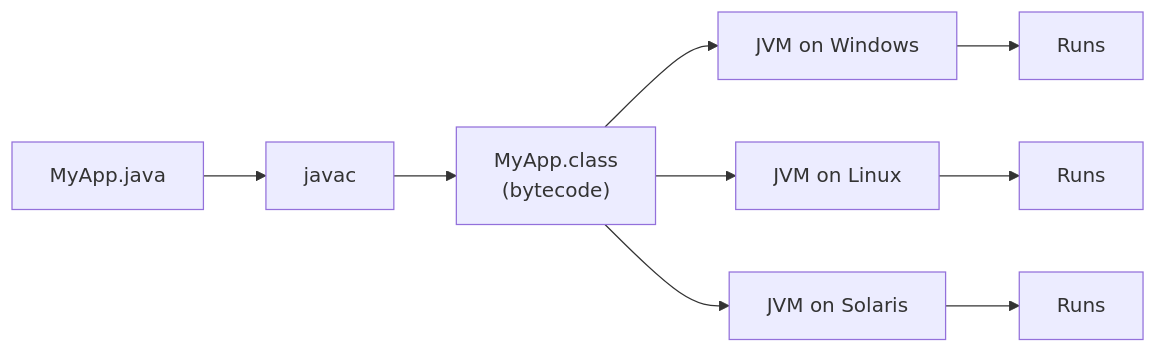
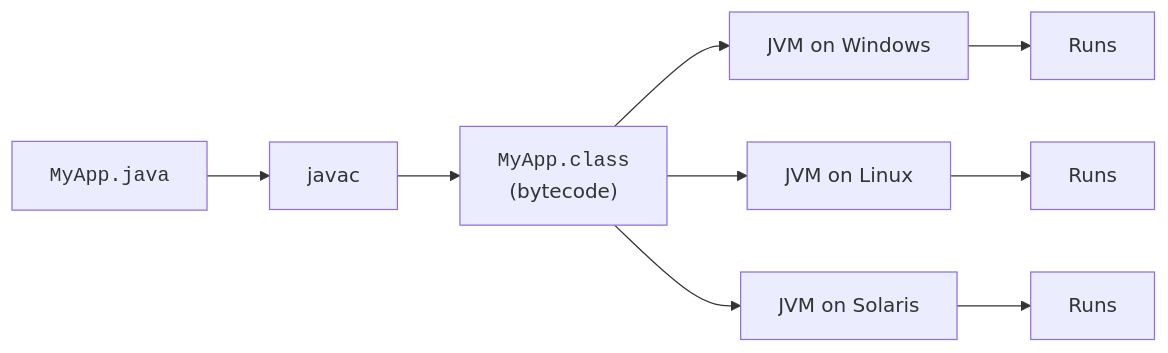
Before and after one commit to dataslope/dataslope: the third of 4 diagrams in content/learn/intro-modern-csharp/java-and-managed-runtimes.mdx, drawn with Mermaid. The commit also changed other lines of this file and 218 other files, not shown here.

First line of the commit message:
Render code-only mermaid shapes in monospace; convert step sequences to Steps (#467)

````diff
--- a/content/learn/intro-modern-csharp/java-and-managed-runtimes.mdx
+++ b/content/learn/intro-modern-csharp/java-and-managed-runtimes.mdx
@@ -99,10 +99,10 @@
 ```mermaid
 flowchart LR
-    S["MyApp.java"] --> C["javac"] --> B["MyApp.class<br/>(bytecode)"]
+    S["<code>MyApp.java</code>"] --> C["javac"] --> B["<code>MyApp.class</code><br/>(bytecode)"]
     B --> JVMW["JVM on Windows"]
     B --> JVML["JVM on Linux"]
     B --> JVMS["JVM on Solaris"]
     JVMW --> R1[Runs]
     JVML --> R2[Runs]
     JVMS --> R3[Runs]
 ```
````
